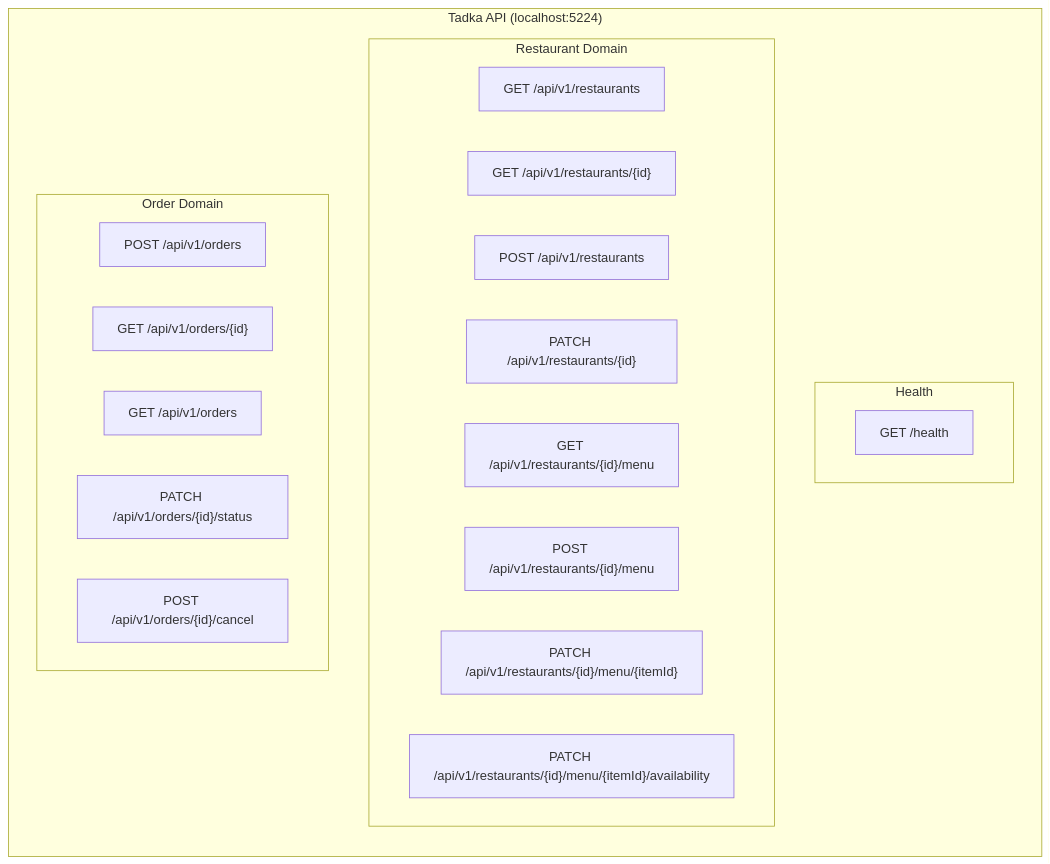
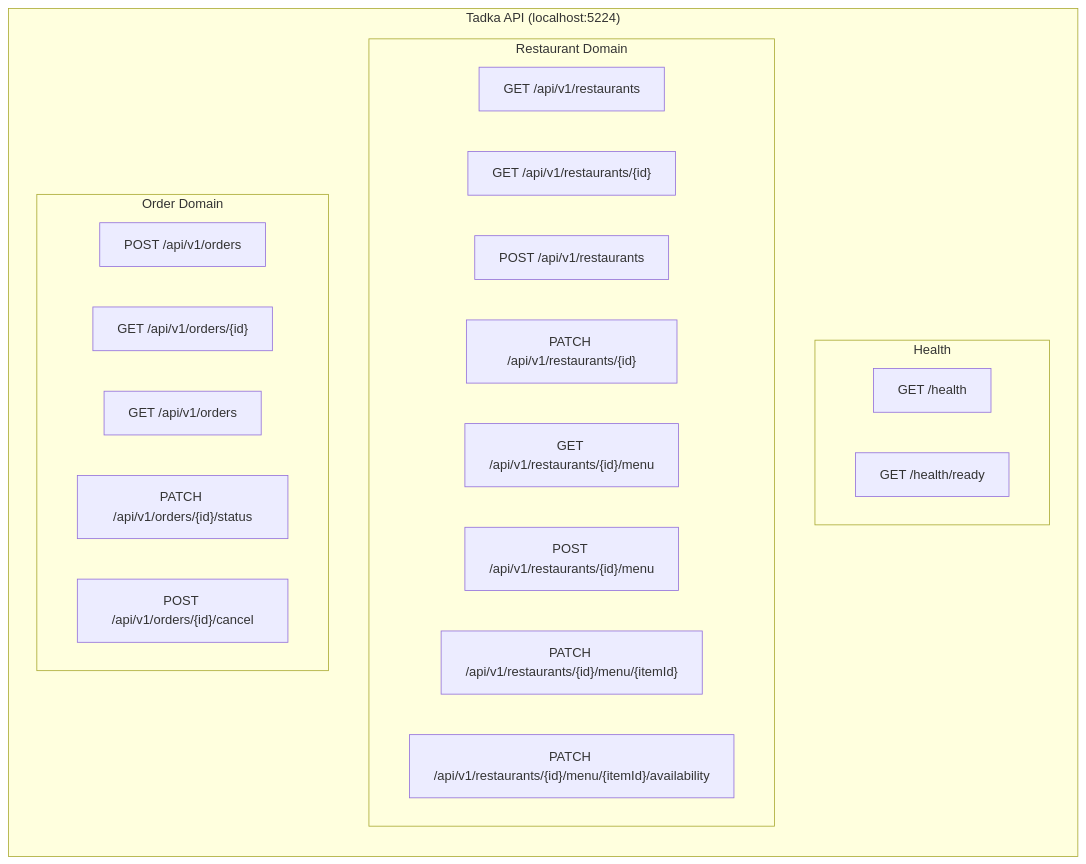
Before and after one commit to desiarchitect/tadka-cohort: the first of 2 diagrams in docs/diagrams/day-03-api-route-map.md, drawn with Mermaid. The commit also changed other lines of this file and 93 other files, not shown here.

Commit message:
day-04: harden the order flow (idempotency, xmin 409, domain events)

````diff
--- a/docs/diagrams/day-03-api-route-map.md
+++ b/docs/diagrams/day-03-api-route-map.md
@@ -5,27 +5,28 @@
 ```mermaid
 graph LR
     subgraph "Tadka API (localhost:5224)"
         subgraph "Health"
             H1["GET /health"]
+            H2["GET /health/ready"]
         end
 
         subgraph "Restaurant Domain"
             R1["GET /api/v1/restaurants"]
             R2["GET /api/v1/restaurants/{id}"]
             R3["POST /api/v1/restaurants"]
             R4["PATCH /api/v1/restaurants/{id}"]
             R5["GET /api/v1/restaurants/{id}/menu"]
             R6["POST /api/v1/restaurants/{id}/menu"]
             R7["PATCH /api/v1/restaurants/{id}/menu/{itemId}"]
             R8["PATCH /api/v1/restaurants/{id}/menu/{itemId}/availability"]
         end
 
         subgraph "Order Domain"
             O1["POST /api/v1/orders"]
             O2["GET /api/v1/orders/{id}"]
             O3["GET /api/v1/orders"]
             O4["PATCH /api/v1/orders/{id}/status"]
             O5["POST /api/v1/orders/{id}/cancel"]
         end
     end
 ```
````
